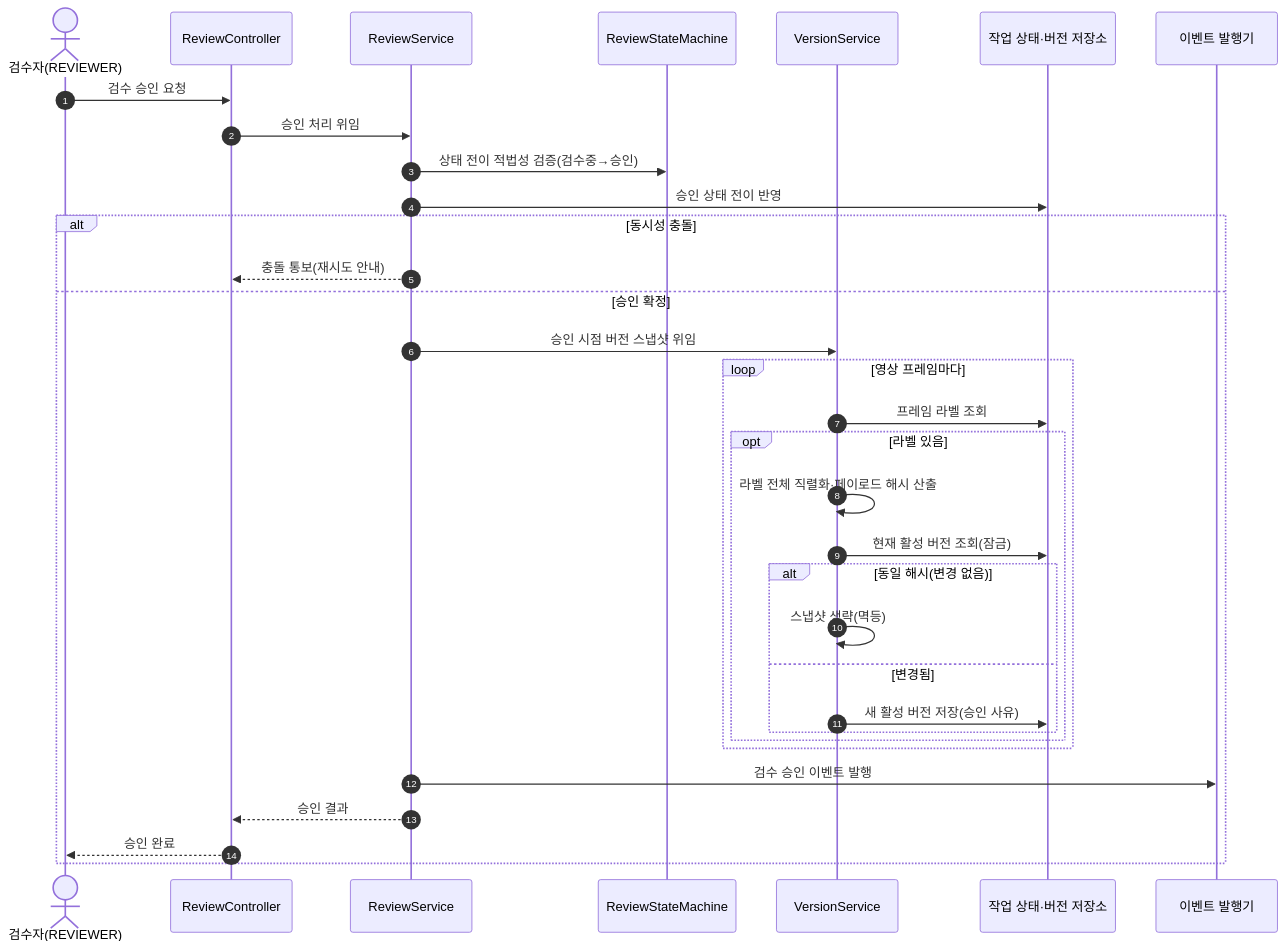
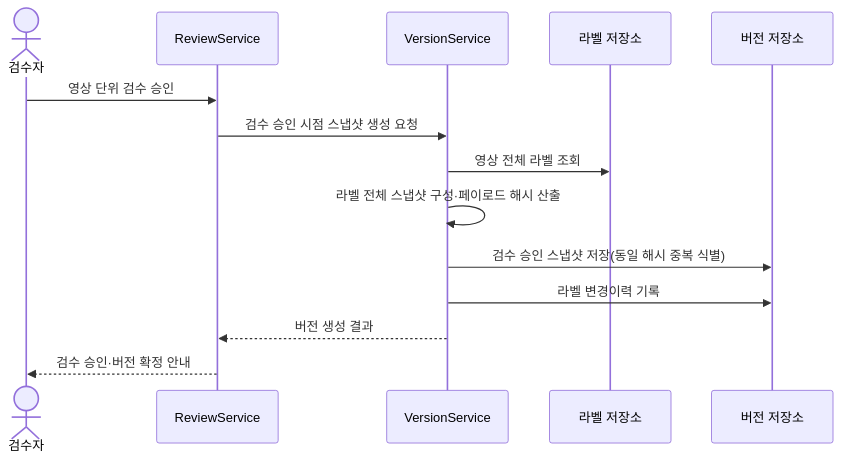
One commit to New-stella/klid-label changed the seventh of 36 diagrams in docs/design/D1-클래스설계서.md. Above: the diagram before and after it, drawn with Mermaid. The commit also changed other lines of this file and 7 other files, not shown here.

````diff
--- a/docs/design/D1-클래스설계서.md
+++ b/docs/design/D1-클래스설계서.md
@@ -488,35 +397,16 @@
 ```mermaid
 sequenceDiagram
-    autonumber
-    actor RV as 검수자(REVIEWER)
-    participant RC as ReviewController
+    actor REVIEWER as 검수자
     participant RS as ReviewService
-    participant SM as ReviewStateMachine
     participant VS as VersionService
-    participant DB as 작업 상태·버전 저장소
-    participant EP as 이벤트 발행기
-    RV->>RC: 검수 승인 요청
-    RC->>RS: 승인 처리 위임
-    RS->>SM: 상태 전이 적법성 검증(검수중→승인)
-    RS->>DB: 승인 상태 전이 반영
-    alt 동시성 충돌
-        RS-->>RC: 충돌 통보(재시도 안내)
-    else 승인 확정
-        RS->>VS: 승인 시점 버전 스냅샷 위임
-        loop 영상 프레임마다
-            VS->>DB: 프레임 라벨 조회
-            opt 라벨 있음
-                VS->>VS: 라벨 전체 직렬화·페이로드 해시 산출
-                VS->>DB: 현재 활성 버전 조회(잠금)
-                alt 동일 해시(변경 없음)
-                    VS->>VS: 스냅샷 생략(멱등)
-                else 변경됨
-                    VS->>DB: 새 활성 버전 저장(승인 사유)
-                end
-            end
-        end
-        RS->>EP: 검수 승인 이벤트 발행
-        RS-->>RC: 승인 결과
-        RC-->>RV: 승인 완료
-    end
+    participant L as 라벨 저장소
+    participant V as 버전 저장소
+    REVIEWER->>RS: 영상 단위 검수 승인
+    RS->>VS: 검수 승인 시점 스냅샷 생성 요청
+    VS->>L: 영상 전체 라벨 조회
+    VS->>VS: 라벨 전체 스냅샷 구성·페이로드 해시 산출
+    VS->>V: 검수 승인 스냅샷 저장(동일 해시 중복 식별)
+    VS->>V: 라벨 변경이력 기록
+    VS-->>RS: 버전 생성 결과
+    RS-->>REVIEWER: 검수 승인·버전 확정 안내
 ```
````
